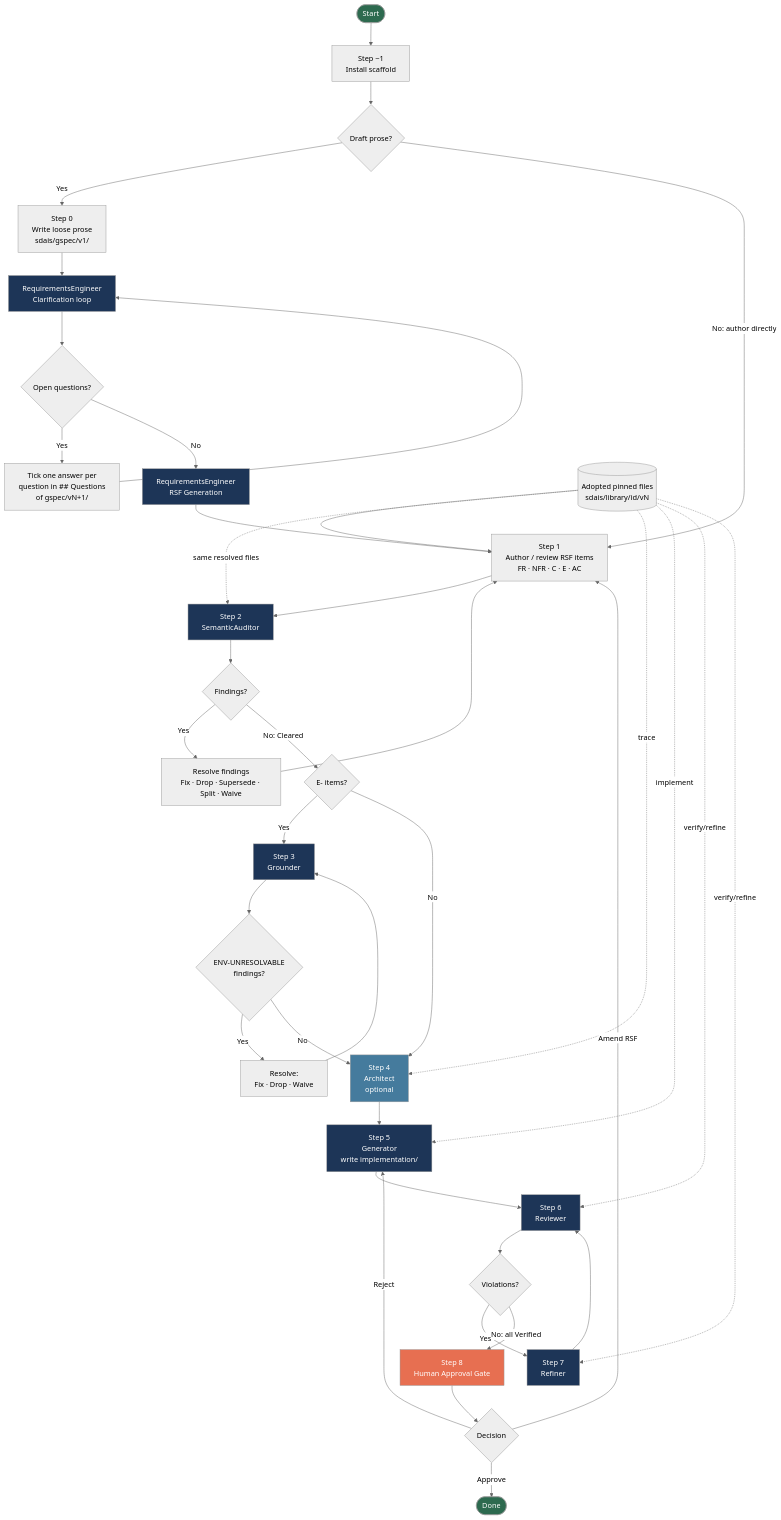
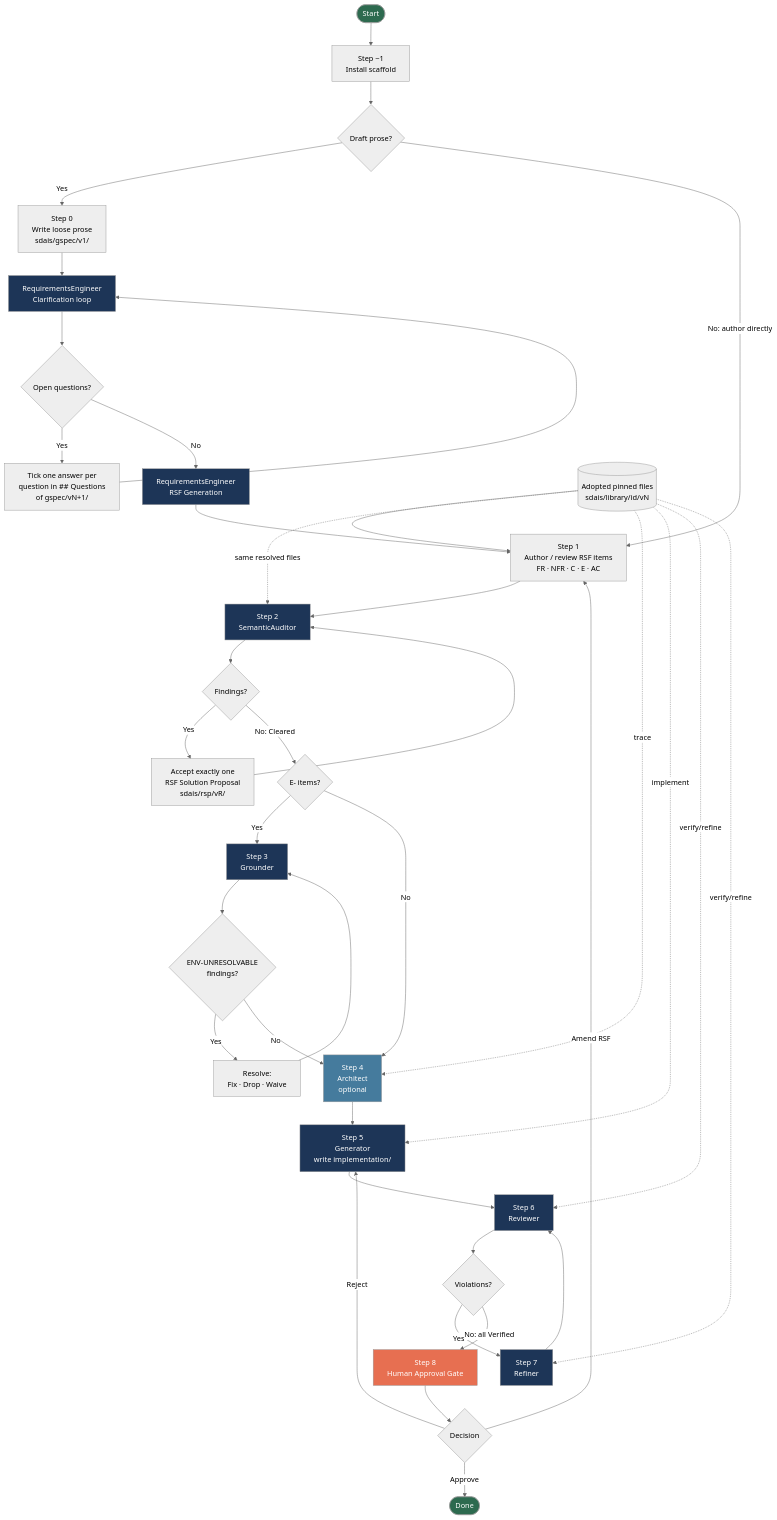
One commit to tideland/sdais changed the diagram in docs/GREENFIELD.md. Above: the diagram before and after it, drawn with Mermaid (neutral theme). The commit also changed other lines of this file and 9 other files, not shown here.

First line of the commit message:
SemanticAuditor creates RSF Solution Proposals to shorten auditing

````diff
--- a/docs/GREENFIELD.md
+++ b/docs/GREENFIELD.md
@@ -11,52 +11,52 @@
 ```mermaid
 flowchart TD
     A([Start]) --> B[Step −1\nInstall scaffold]
     B --> B2{Draft prose?}
     B2 -- Yes --> B3[Step 0\nWrite loose prose\nsdais/gspec/v1/]
     B3 --> B4[RequirementsEngineer\nClarification loop]
     B4 --> B5{Open questions?}
     B5 -- Yes --> B6[Tick one answer per\nquestion in ## Questions\nof gspec/vN+1/]
     B6 --> B4
     B5 -- No --> B7[RequirementsEngineer\nRSF Generation]
     B7 --> C
     B2 -- No: author directly --> C
     LIB[(Adopted pinned files\nsdais/library/id/vN)] --> C
     C[Step 1\nAuthor / review RSF items\nFR · NFR · C · E · AC] --> D[Step 2\nSemanticAuditor]
     D --> E{Findings?}
-    E -- Yes --> F[Resolve findings\nFix · Drop · Supersede · Split · Waive]
-    F --> C
+    E -- Yes --> F[Accept exactly one\nRSF Solution Proposal\nsdais/rsp/vR/]
+    F --> D
     E -- No: Cleared --> G{E- items?}
     G -- Yes --> H[Step 3\nGrounder]
     H --> I{ENV-UNRESOLVABLE\nfindings?}
     I -- Yes --> J[Resolve:\nFix · Drop · Waive]
     J --> H
     I -- No --> K
     G -- No --> K[Step 4\nArchitect\noptional]
     K --> L[Step 5\nGenerator\nwrite implementation/]
     L --> M[Step 6\nReviewer]
     M --> N{Violations?}
     N -- Yes --> O[Step 7\nRefiner]
     O --> M
     LIB -. same resolved files .-> D
     LIB -. trace .-> K
     LIB -. implement .-> L
     LIB -. verify/refine .-> M
     LIB -. verify/refine .-> O
     N -- No: all Verified --> P[Step 8\nHuman Approval Gate]
     P --> Q{Decision}
     Q -- Approve --> R([Done])
     Q -- Amend RSF --> C
     Q -- Reject --> L
 
     style A fill:#2d6a4f,color:#fff
     style R fill:#2d6a4f,color:#fff
     style B4 fill:#1d3557,color:#fff
     style B7 fill:#1d3557,color:#fff
     style D fill:#1d3557,color:#fff
     style H fill:#1d3557,color:#fff
     style K fill:#457b9d,color:#fff
     style L fill:#1d3557,color:#fff
     style M fill:#1d3557,color:#fff
     style O fill:#1d3557,color:#fff
     style P fill:#e76f51,color:#fff
 ```
````
